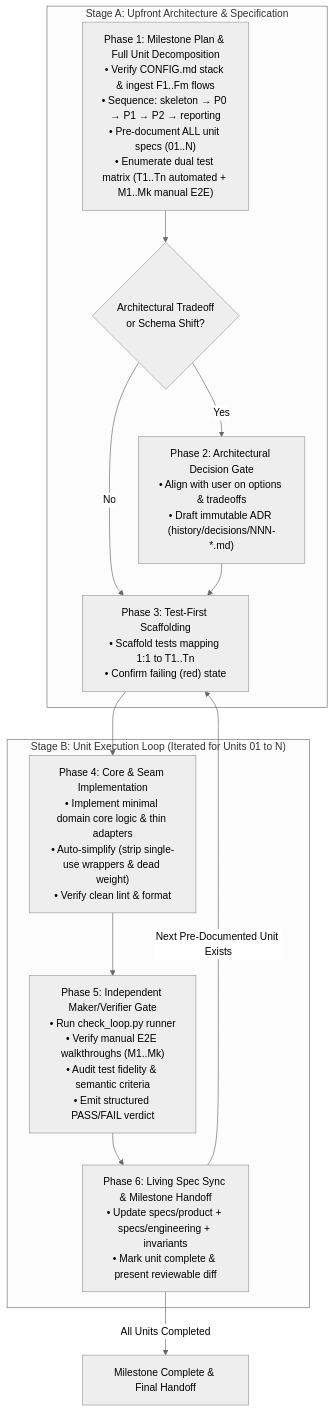
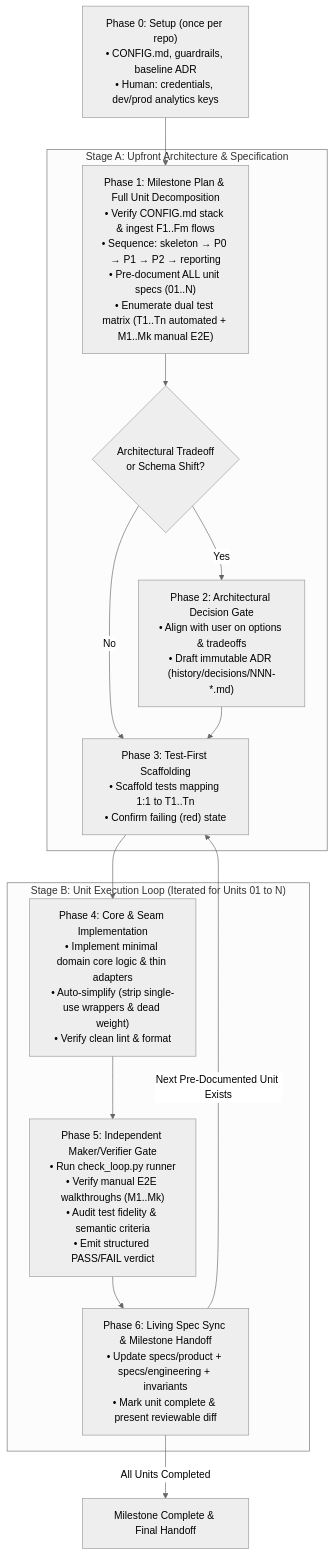
Before and after one commit to yoyothesheep/claude-skills: the diagram in product-loop-engineering/SKILL.md, drawn with Mermaid (neutral theme). The commit also changed other lines of this file and 12 other files, not shown here.

First line of the commit message:
product-loop-engineering: Phase 0 setup, guardrails, read-only verifier

````diff
--- a/product-loop-engineering/SKILL.md
+++ b/product-loop-engineering/SKILL.md
@@ -67,42 +71,45 @@
 ```mermaid
 flowchart TD
+    P0["Phase 0: Setup (once per repo)
+• CONFIG.md, guardrails, baseline ADR
+• Human: credentials, dev/prod analytics keys"] --> P1
     subgraph StageA["Stage A: Upfront Architecture & Specification"]
         P1["Phase 1: Milestone Plan & Full Unit Decomposition
 • Verify CONFIG.md stack & ingest F1..Fm flows
 • Sequence: skeleton → P0 → P1 → P2 → reporting
 • Pre-document ALL unit specs (01..N)
 • Enumerate dual test matrix (T1..Tn automated + M1..Mk manual E2E)"]
         P2{"Architectural Tradeoff
 or Schema Shift?"}
         P3["Phase 2: Architectural Decision Gate
 • Align with user on options & tradeoffs
 • Draft immutable ADR (history/decisions/NNN-*.md)"]
         P1 --> P2
         P2 -- Yes --> P3
         P2 -- No --> P4
         P3 --> P4
     end
 
     subgraph StageB["Stage B: Unit Execution Loop (Iterated for Units 01 to N)"]
         P4["Phase 3: Test-First Scaffolding
 • Scaffold tests mapping 1:1 to T1..Tn
 • Confirm failing (red) state"]
         P5["Phase 4: Core & Seam Implementation
 • Implement minimal domain core logic & thin adapters
 • Auto-simplify (strip single-use wrappers & dead weight)
 • Verify clean lint & format"]
         P6["Phase 5: Independent Maker/Verifier Gate
 • Run check_loop.py runner
 • Verify manual E2E walkthroughs (M1..Mk)
 • Audit test fidelity & semantic criteria
 • Emit structured PASS/FAIL verdict"]
         P7["Phase 6: Living Spec Sync & Milestone Handoff
 • Update specs/product + specs/engineering + invariants
 • Mark unit complete & present reviewable diff"]
 
         P4 --> P5 --> P6 --> P7
     end
 
     P7 -->|Next Pre-Documented Unit Exists| P4
     P7 -->|All Units Completed| Done["Milestone Complete & Final Handoff"]
 ```
````
